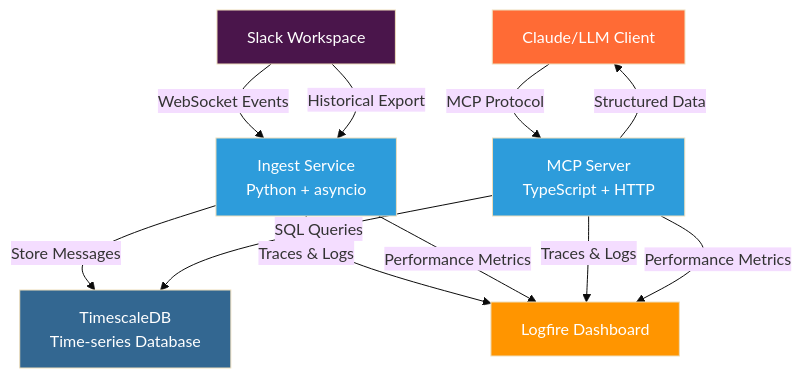
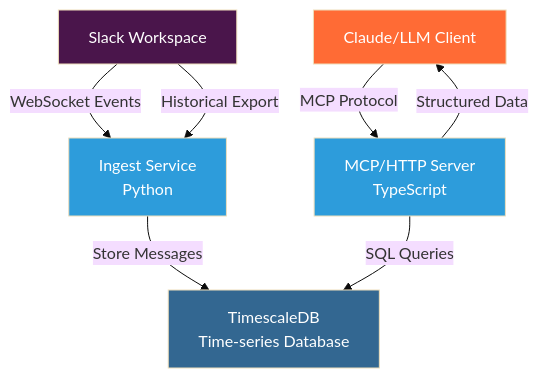
Before and after one commit to timescale/tiger-slack: the diagram in README.md, drawn with Mermaid (base theme). The commit also changed other lines of this file, not shown here.

````diff
--- a/README.md
+++ b/README.md
@@ -20,41 +20,32 @@
 ```mermaid
 graph TB
     %% External Systems
     S[Slack Workspace]
     C[Claude/LLM Client]
-    L[Logfire Dashboard]
     
     %% Core Components  
-    I[Ingest Service<br/>Python + asyncio]
+    I[Ingest Service<br/>Python]
     D[TimescaleDB<br/>Time-series Database]
-    M[MCP Server<br/>TypeScript + HTTP]
+    M[MCP/HTTP Server<br/>TypeScript]
     
     %% Data Flow - Ingestion
     S -->|WebSocket Events| I
     S -->|Historical Export| I
     I -->|Store Messages| D
     
     %% Data Flow - Analysis
     C -->|MCP Protocol| M
     M -->|SQL Queries| D
     M -->|Structured Data| C
     
-    %% Observability
-    I -->|Traces & Logs| L
-    I -->|Performance Metrics| L
-    M -->|Traces & Logs| L
-    M -->|Performance Metrics| L
-    
     %% Styling
     classDef slack fill:#4A154B,color:#fff
     classDef ai fill:#FF6B35,color:#fff  
     classDef data fill:#336791,color:#fff
     classDef service fill:#2D9CDB,color:#fff
-    classDef observability fill:#FF9500,color:#fff
     
     class S slack
     class C ai
     class D data
     class I,M service
-    class L observability
 ```
````
